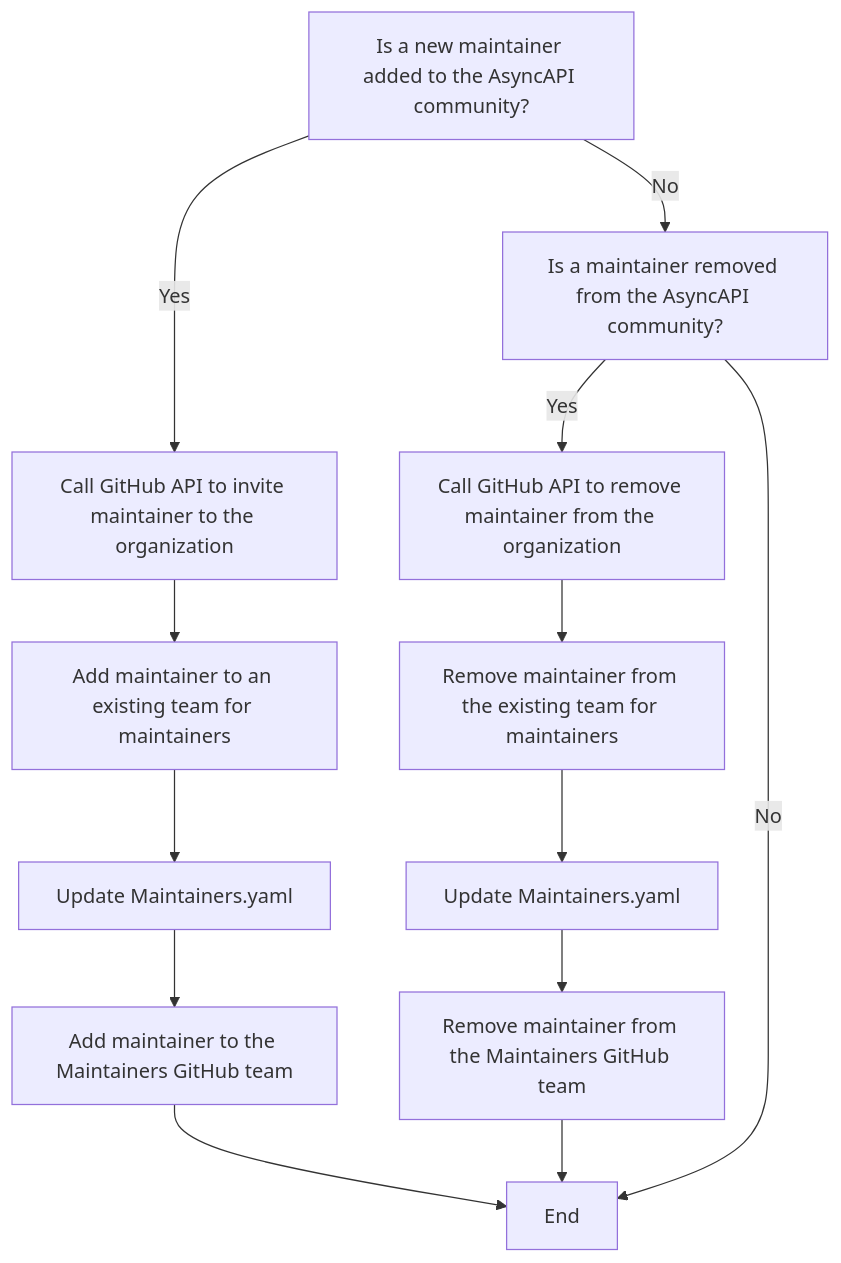
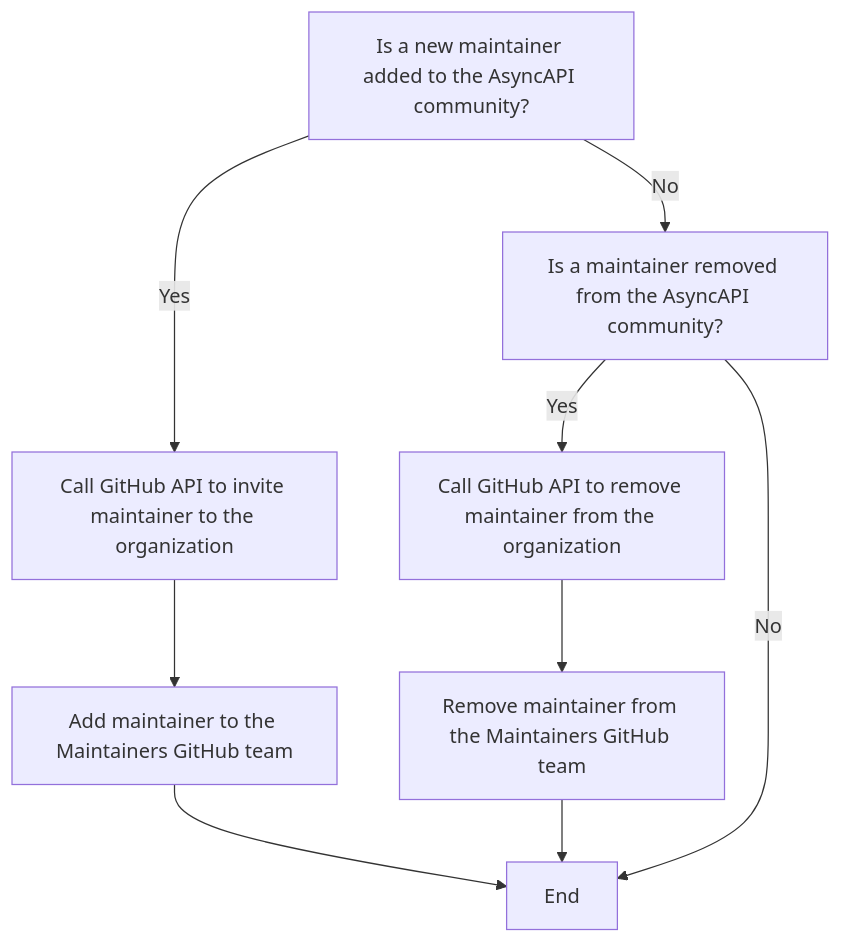
The sixth of 11 diagrams in mentorship/summerofcode/2023/workflowautomation/README.md (asyncapi/community), drawn with Mermaid before and after one commit.

Commit message:
minbir fix in invite maintainer flowchart

````diff
--- a/mentorship/summerofcode/2023/workflowautomation/README.md
+++ b/mentorship/summerofcode/2023/workflowautomation/README.md
@@ -119,17 +119,11 @@
 ```mermaid
 graph TD;
     A[Is a new maintainer added to the AsyncAPI community?] --> |Yes| B[Call GitHub API to invite maintainer to the organization];
-    B --> C[Add maintainer to an existing team for maintainers];
-    C --> D[Update Maintainers.yaml];
-    D --> E[Add maintainer to the Maintainers GitHub team];
-    E --> F[End];
+    B --> C[Add maintainer to the Maintainers GitHub team];
+    C --> F[End];
     A --> |No| G[Is a maintainer removed from the AsyncAPI community?];
     G --> |Yes| H[Call GitHub API to remove maintainer from the organization];
-    H --> I[Remove maintainer from the existing team for maintainers];
-    I --> J[Update Maintainers.yaml];
-    J --> K[Remove maintainer from the Maintainers GitHub team];
-    K --> F[End];
-    G --> |No| F[End];
-
-
+    H --> I[Remove maintainer from the Maintainers GitHub team];
+    I --> F[End];
+    G --> |No| F[End]; 
 ```
````
